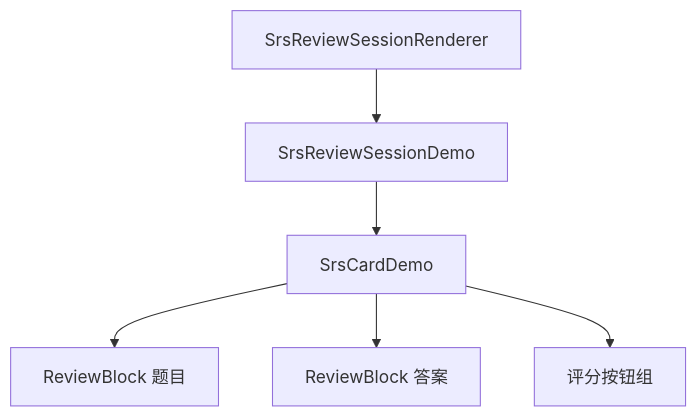
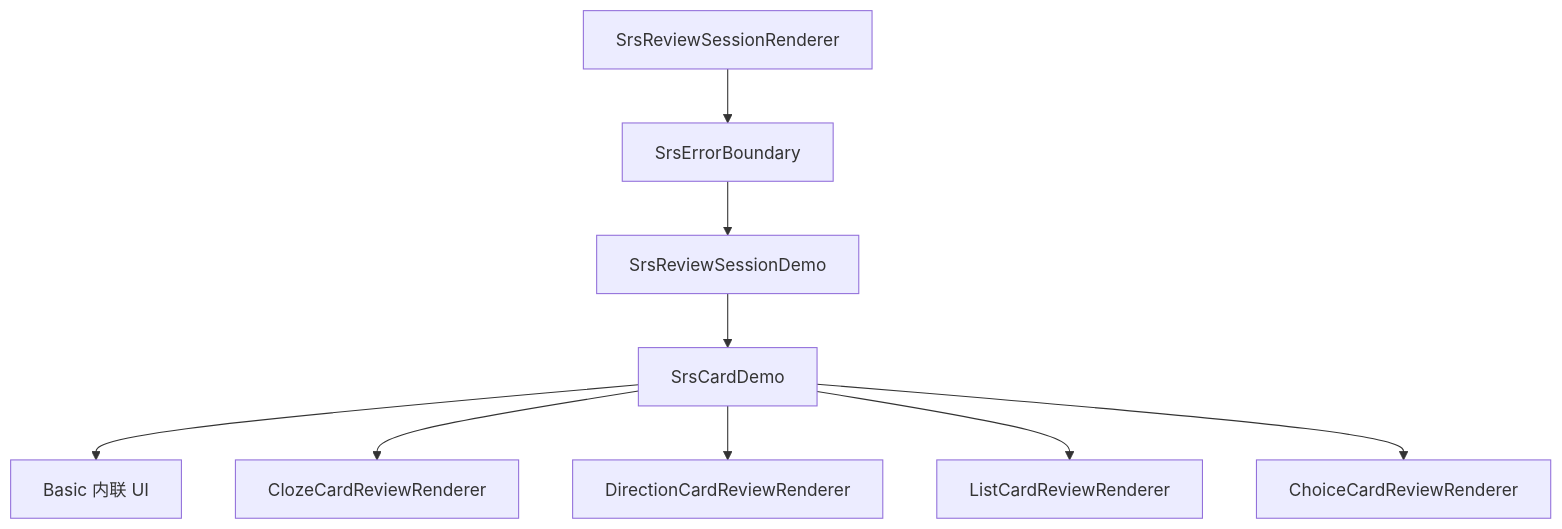
The first of 2 diagrams in 模块文档/SRS_卡片复习窗口.md (Samuelxiaozhuofeng/orca-srs-plugin), drawn with Mermaid before and after one commit. The commit also changed other lines of this file and 37 other files, not shown here.

````diff
--- a/模块文档/SRS_卡片复习窗口.md
+++ b/模块文档/SRS_卡片复习窗口.md
@@ -24,8 +48,11 @@
 ```mermaid
 flowchart TD
-    A[SrsReviewSessionRenderer] --> B[SrsReviewSessionDemo]
-    B --> C[SrsCardDemo]
-    C --> D[ReviewBlock 题目]
-    C --> E[ReviewBlock 答案]
-    C --> F[评分按钮组]
+    A[SrsReviewSessionRenderer] --> B[SrsErrorBoundary]
+    B --> C[SrsReviewSessionDemo]
+    C --> D[SrsCardDemo]
+    D --> E[Basic 内联 UI]
+    D --> F[ClozeCardReviewRenderer]
+    D --> G[DirectionCardReviewRenderer]
+    D --> H[ListCardReviewRenderer]
+    D --> I[ChoiceCardReviewRenderer]
 ```
````
